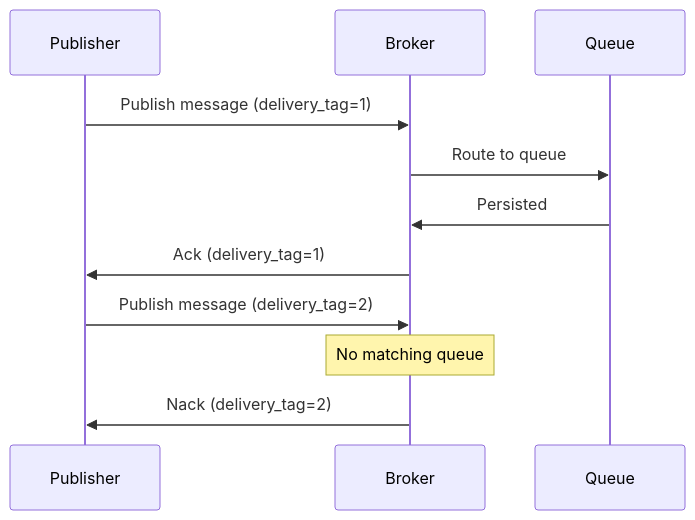
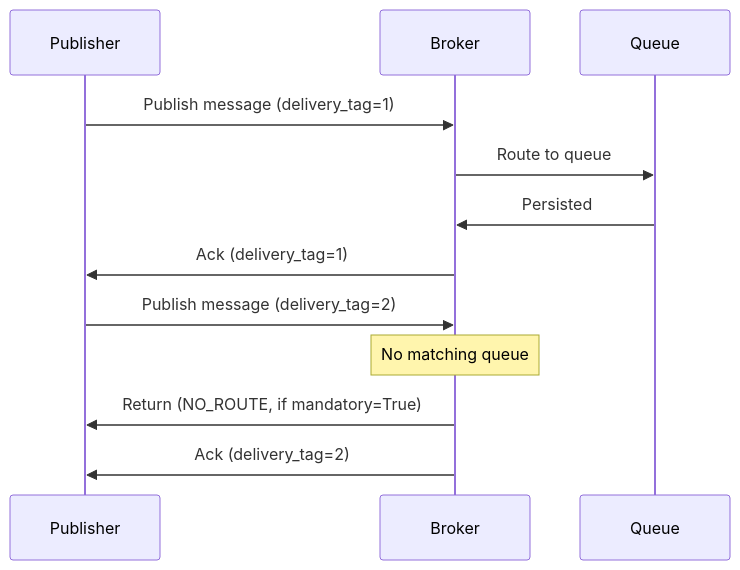
One commit to OneUptime/blog changed the diagram in posts/2026-01-26-rabbitmq-publisher-confirms/README.md. Above: the diagram before and after it, drawn with Mermaid. The commit also changed other lines of this file and 2 other files, not shown here.

````diff
--- a/posts/2026-01-26-rabbitmq-publisher-confirms/README.md
+++ b/posts/2026-01-26-rabbitmq-publisher-confirms/README.md
@@ -30,15 +31,16 @@
 ```mermaid
 sequenceDiagram
     participant P as Publisher
     participant B as Broker
     participant Q as Queue
 
     P->>B: Publish message (delivery_tag=1)
     B->>Q: Route to queue
     Q->>B: Persisted
     B->>P: Ack (delivery_tag=1)
 
     P->>B: Publish message (delivery_tag=2)
     Note over B: No matching queue
-    B->>P: Nack (delivery_tag=2)
+    B->>P: Return (NO_ROUTE, if mandatory=True)
+    B->>P: Ack (delivery_tag=2)
 ```
````
